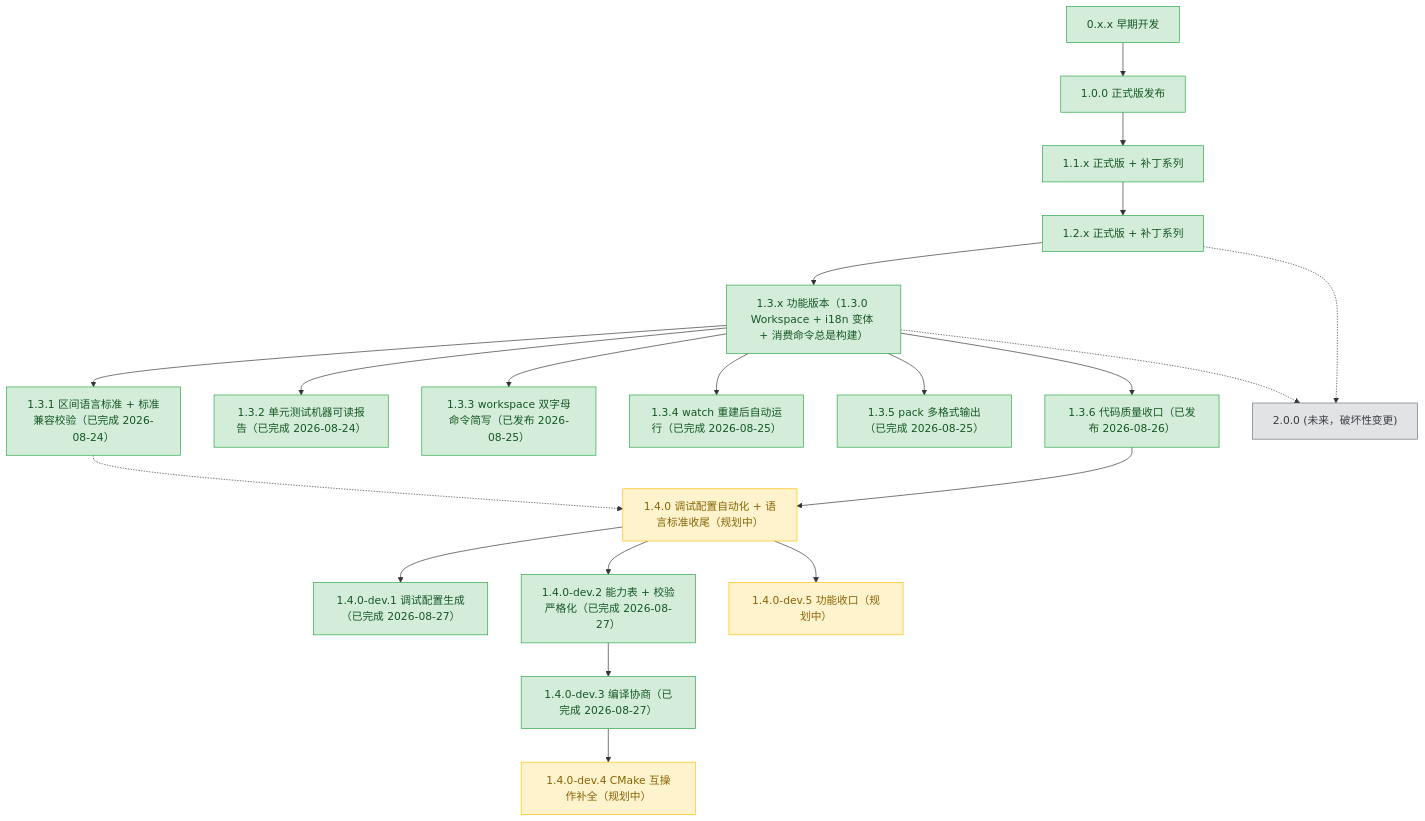
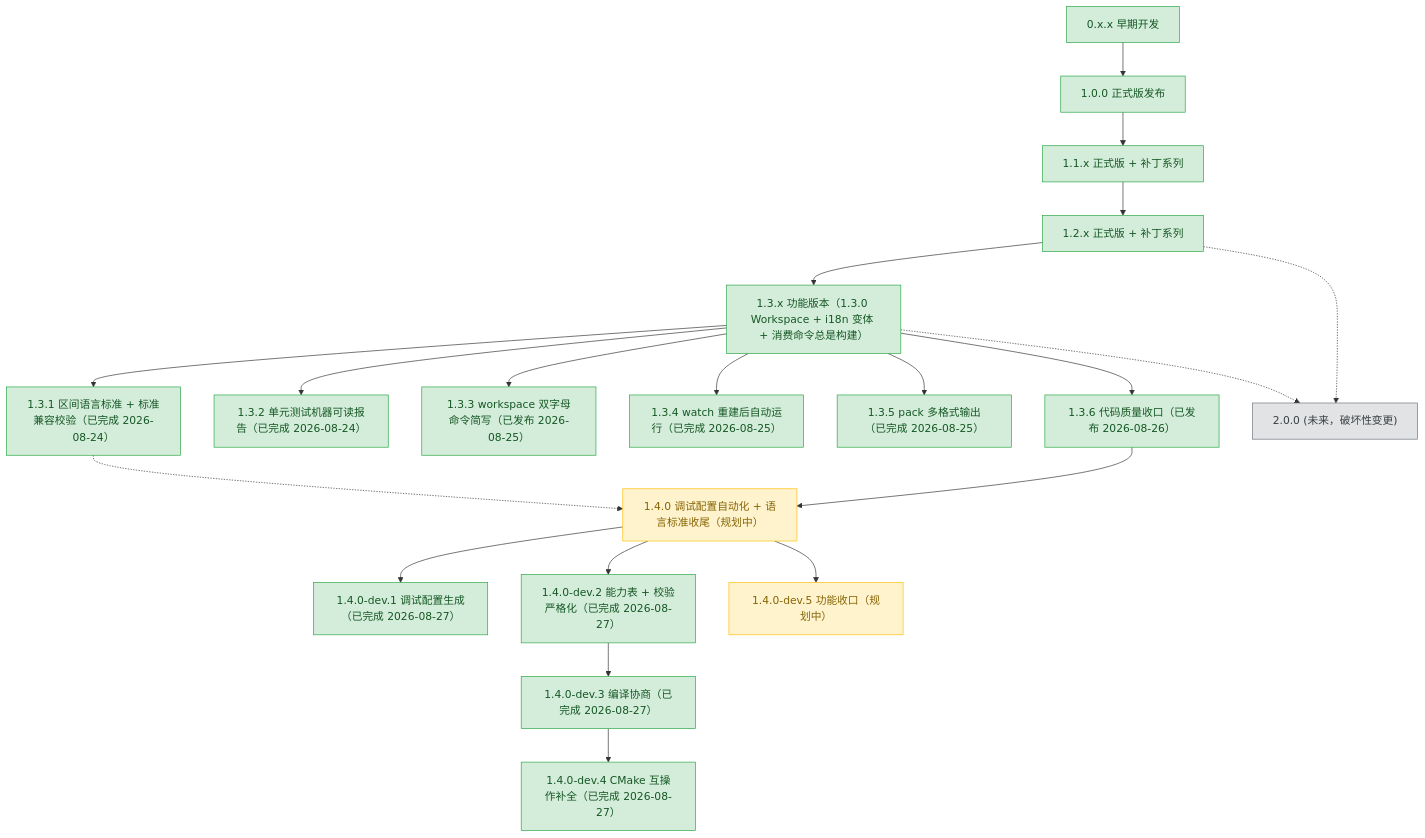
One commit to 3667808244/EazyMake changed the diagram in plans/README.md. Above: the diagram before and after it, drawn with Mermaid. The commit also changed other lines of this file and 7 other files, not shown here.

````diff
--- a/plans/README.md
+++ b/plans/README.md
@@ -66,63 +66,63 @@
 ```mermaid
 graph TD
     v0xx["0.x.x 早期开发"]
     v100["1.0.0 正式版发布"]
     v11x["1.1.x 正式版 + 补丁系列"]
     v12x["1.2.x 正式版 + 补丁系列"]
     v13x["1.3.x 功能版本（1.3.0 Workspace + i18n 变体 + 消费命令总是构建）"]
     v131["1.3.1 区间语言标准 + 标准兼容校验（已完成 2026-08-24）"]
     v132["1.3.2 单元测试机器可读报告（已完成 2026-08-24）"]
     v133["1.3.3 workspace 双字母命令简写（已发布 2026-08-25）"]
     v134["1.3.4 watch 重建后自动运行（已完成 2026-08-25）"]
     v135["1.3.5 pack 多格式输出（已完成 2026-08-25）"]
     v136["1.3.6 代码质量收口（已发布 2026-08-26）"]
     v140["1.4.0 调试配置自动化 + 语言标准收尾（规划中）"]
     v141["1.4.0-dev.1 调试配置生成（已完成 2026-08-27）"]
     v142["1.4.0-dev.2 能力表 + 校验严格化（已完成 2026-08-27）"]
     v143["1.4.0-dev.3 编译协商（已完成 2026-08-27）"]
-    v144["1.4.0-dev.4 CMake 互操作补全（规划中）"]
+    v144["1.4.0-dev.4 CMake 互操作补全（已完成 2026-08-27）"]
     v145["1.4.0-dev.5 功能收口（规划中）"]
     v200["2.0.0 (未来，破坏性变更)"]
 
     v0xx --> v100
     v100 --> v11x
     v11x --> v12x
     v12x --> v13x
     v13x --> v131
     v13x --> v132
     v13x --> v133
     v13x --> v134
     v13x --> v135
     v13x --> v136
     v136 --> v140
     v140 --> v141
     v140 --> v142
     v142 --> v143
     v143 --> v144
     v140 --> v145
     v131 -.-> v140
     v12x -.-> v200
     v13x -.-> v200
 
     classDef done fill:#d4edda,stroke:#28a745,color:#155724;
     classDef active fill:#fff3cd,stroke:#ffc107,color:#856404;
     classDef todo fill:#e2e3e5,stroke:#6c757d,color:#383d41;
 
     class v0xx,v100 done;
     class v11x done;
     class v12x done;
     class v13x done;
     class v131 done;
     class v132 done;
     class v133 done;
     class v134 done;
     class v135 done;
     class v136 done;
     class v140 active;
     class v141 done;
     class v142 done;
     class v143 done;
-    class v144 active;
+    class v144 done;
     class v145 active;
     class v200 todo;
 ```
````
